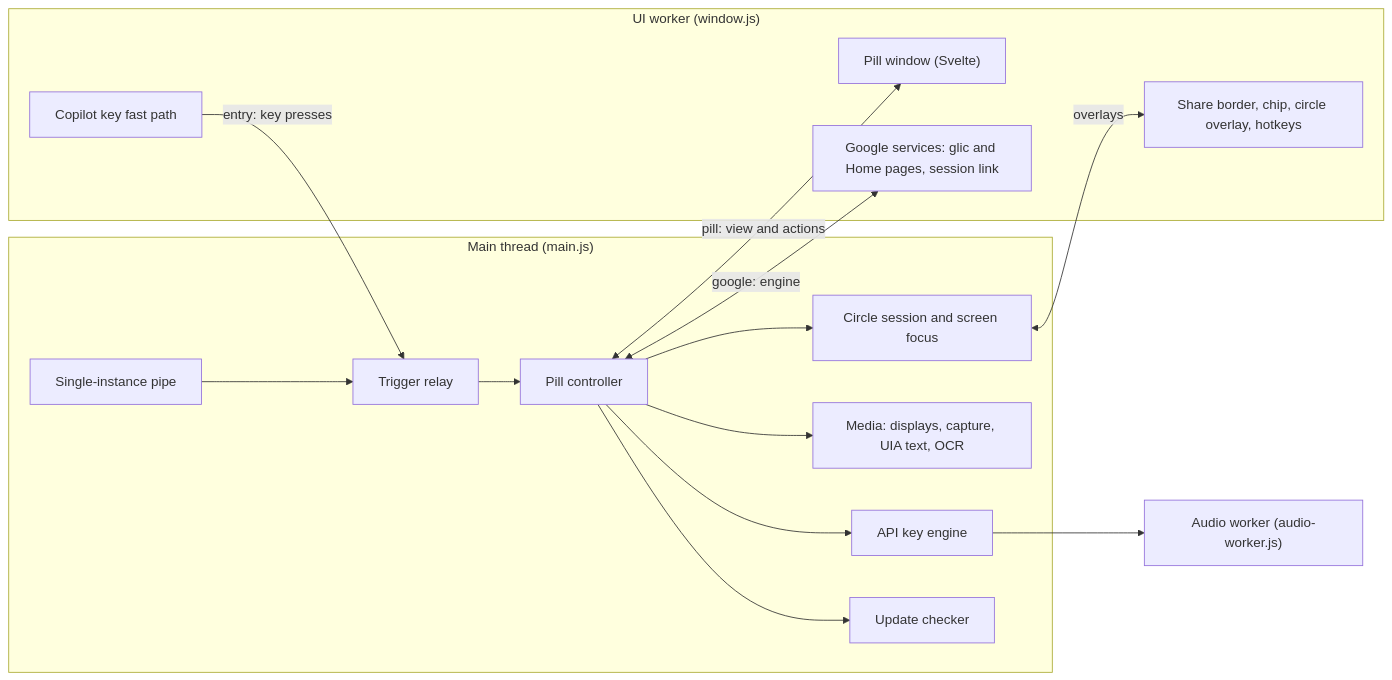
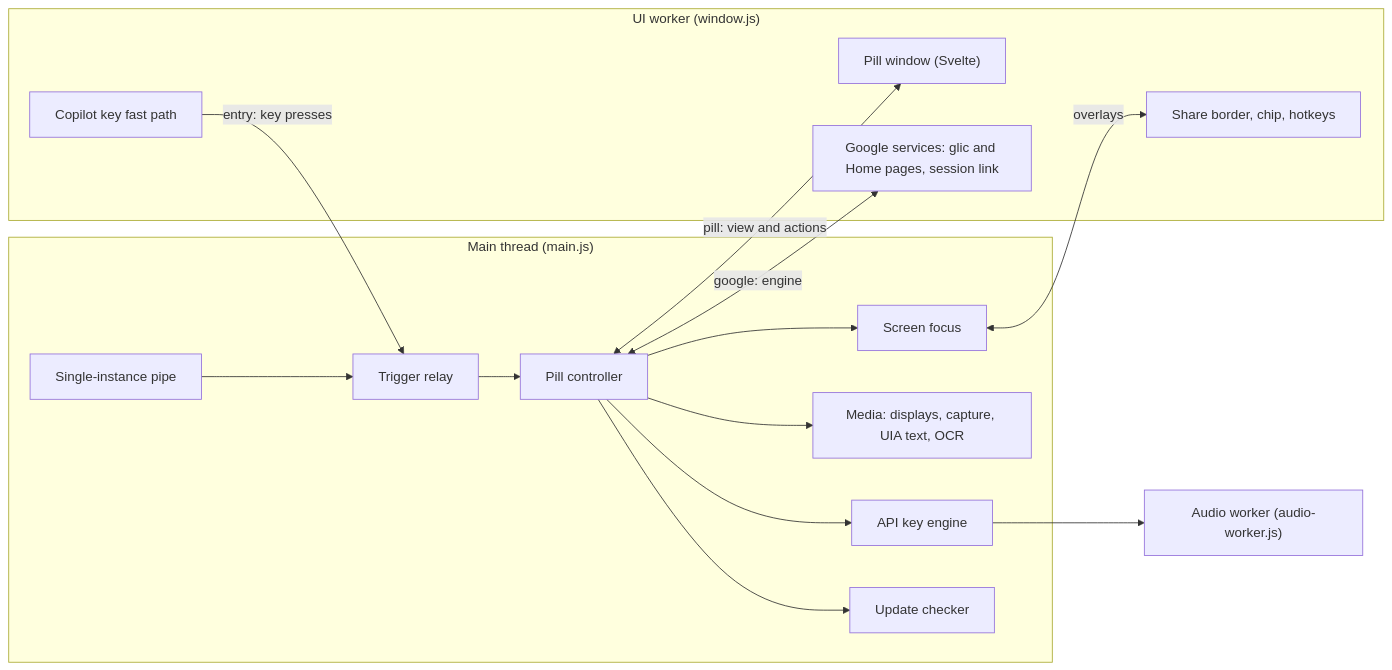
Before and after one commit to avi12/gemini-live-for-windows: the seventh of 8 diagrams in ARCHITECTURE.md, drawn with Mermaid. The commit also changed other lines of this file and 105 other files, not shown here.

````diff
--- a/ARCHITECTURE.md
+++ b/ARCHITECTURE.md
@@ -168,23 +168,23 @@
 ```mermaid
 flowchart LR
   subgraph Main["Main thread (main.js)"]
     Pipe["Single-instance pipe"] --> Relay["Trigger relay"]
     Relay --> Ctl["Pill controller"]
     Ctl --> Api["API key engine"]
     Ctl --> Media["Media: displays, capture, UIA text, OCR"]
-    Ctl --> Circle["Circle session and screen focus"]
+    Ctl --> Focus["Screen focus"]
     Ctl --> Upd["Update checker"]
   end
   subgraph Ui["UI worker (window.js)"]
     Pill["Pill window (Svelte)"]
-    Ovl["Share border, chip, circle overlay, hotkeys"]
+    Ovl["Share border, chip, hotkeys"]
     Fast["Copilot key fast path"]
     Goog["Google services: glic and Home pages, session link"]
   end
   Audio["Audio worker (audio-worker.js)"]
   Ctl <-->|"pill: view and actions"| Pill
-  Circle <-->|"overlays"| Ovl
+  Focus <-->|"overlays"| Ovl
   Ctl <-->|"google: engine"| Goog
   Fast -->|"entry: key presses"| Relay
   Api --> Audio
 ```
````
